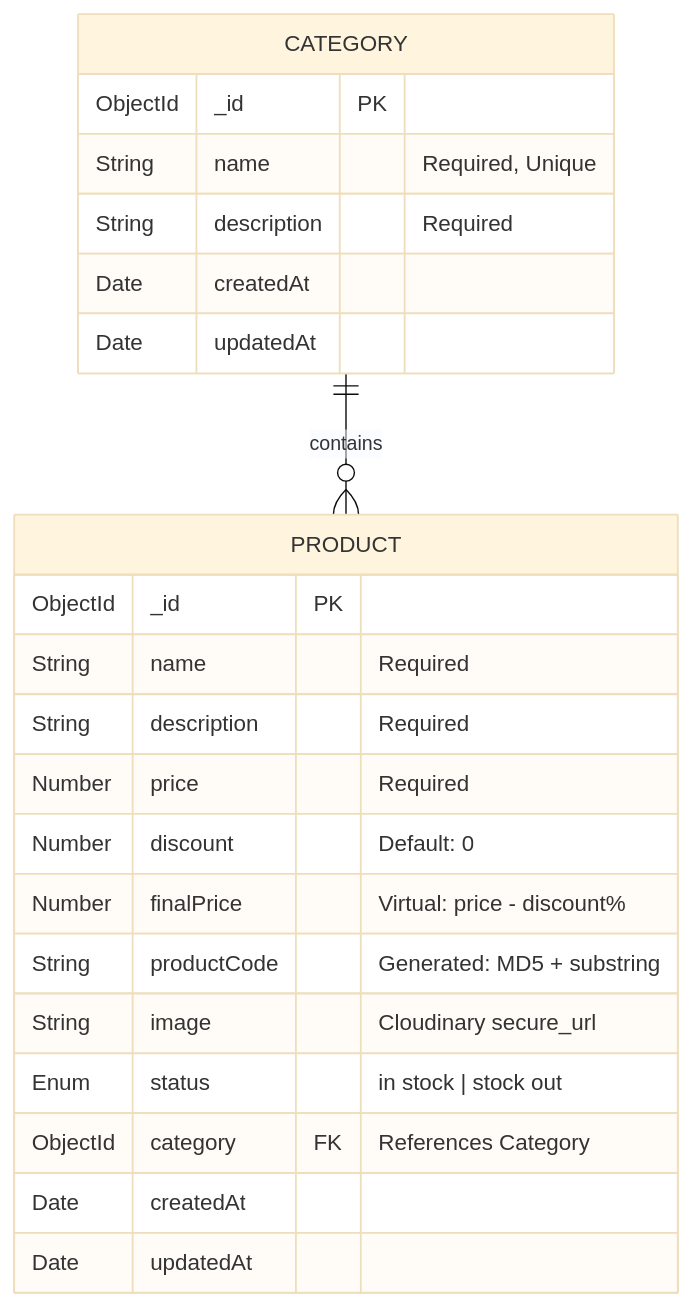
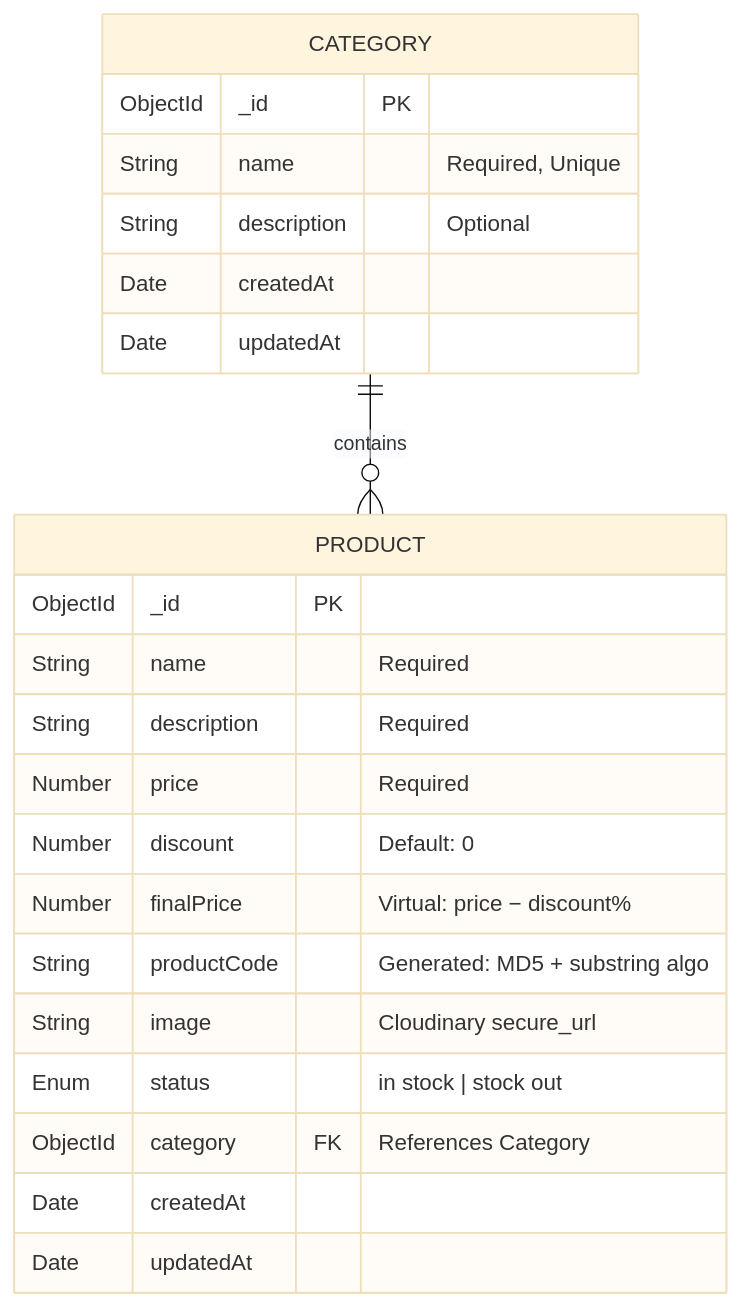
The diagram in README.md (Nsarkar-XLR8/6SenseHQ_Backend_API), drawn with Mermaid (base theme) before and after one commit. The commit also changed other lines of this file and 8 other files, not shown here.

````diff
--- a/README.md
+++ b/README.md
@@ -341,25 +355,27 @@
 ```mermaid
 erDiagram
     CATEGORY ||--o{ PRODUCT : contains
+
     CATEGORY {
         ObjectId _id PK
-        String name "Required, Unique"
-        String description "Required"
-        Date createdAt
-        Date updatedAt
+        String   name        "Required, Unique"
+        String   description "Optional"
+        Date     createdAt
+        Date     updatedAt
     }
+
     PRODUCT {
-        ObjectId _id PK
-        String name "Required"
-        String description "Required"
-        Number price "Required"
-        Number discount "Default: 0"
-        Number finalPrice "Virtual: price - discount%"
-        String productCode "Generated: MD5 + substring"
-        String image "Cloudinary secure_url"
-        Enum status "in stock | stock out"
-        ObjectId category FK "References Category"
-        Date createdAt
-        Date updatedAt
+        ObjectId _id         PK
+        String   name        "Required"
+        String   description "Required"
+        Number   price       "Required"
+        Number   discount    "Default: 0"
+        Number   finalPrice  "Virtual: price − discount%"
+        String   productCode "Generated: MD5 + substring algo"
+        String   image       "Cloudinary secure_url"
+        Enum     status      "in stock | stock out"
+        ObjectId category    FK "References Category"
+        Date     createdAt
+        Date     updatedAt
     }
 ```
````
